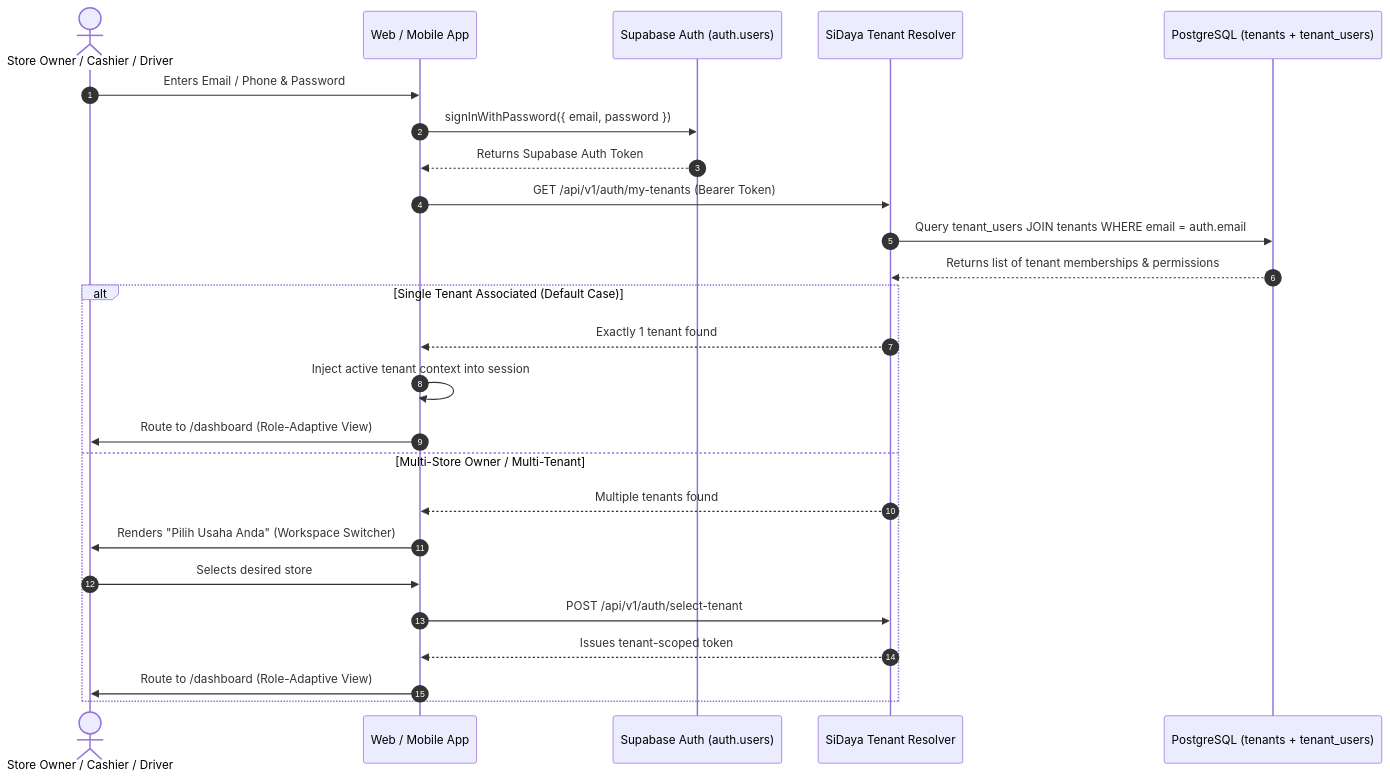
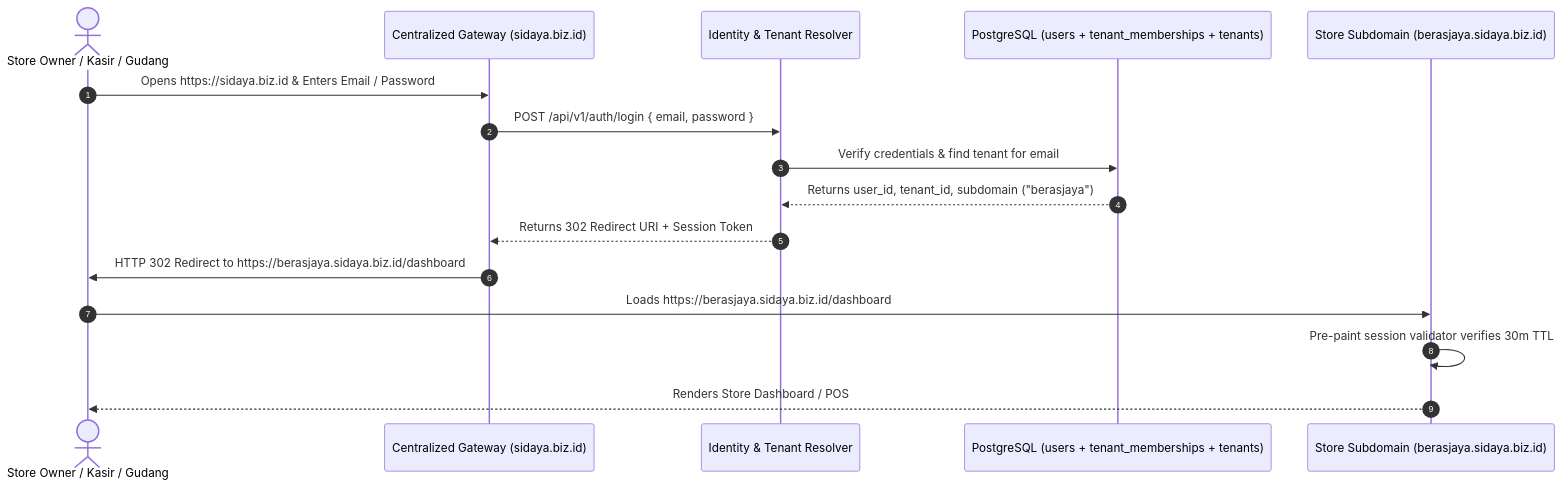
The second of 3 diagrams in docs/technical/06_SECURITY_COMPLIANCE_AND_TENANCY.md (gabrielfermy/siDaya), drawn with Mermaid before and after one commit. The commit also changed other lines of this file and 49 other files, not shown here.

First line of the commit message:
feat(milestone): implement subdomains, operator impersonation, mobile POS & POD, and OpenAPI 3.1 standard

````diff
--- a/docs/technical/06_SECURITY_COMPLIANCE_AND_TENANCY.md
+++ b/docs/technical/06_SECURITY_COMPLIANCE_AND_TENANCY.md
@@ -56,29 +64,19 @@
 ```mermaid
 sequenceDiagram
     autonumber
-    actor User as Store Owner / Cashier / Driver
-    participant Client as Web / Mobile App
-    participant Auth as Supabase Auth (auth.users)
-    participant API as SiDaya Tenant Resolver
-    participant DB as PostgreSQL (tenants + tenant_users)
+    actor User as Store Owner / Kasir / Gudang
+    participant Gateway as Centralized Gateway (sidaya.biz.id)
+    participant Auth as Identity & Tenant Resolver
+    participant DB as PostgreSQL (users + tenant_memberships + tenants)
+    participant Subdomain as Store Subdomain (berasjaya.sidaya.biz.id)
 
-    User->>Client: Enters Email / Phone & Password
-    Client->>Auth: signInWithPassword({ email, password })
-    Auth-->>Client: Returns Supabase Auth Token
-    Client->>API: GET /api/v1/auth/my-tenants (Bearer Token)
-    API->>DB: Query tenant_users JOIN tenants WHERE email = auth.email
-    DB-->>API: Returns list of tenant memberships & permissions
-    
-    alt Single Tenant Associated (Default Case)
-        API-->>Client: Exactly 1 tenant found
-        Client->>Client: Inject active tenant context into session
-        Client->>User: Route to /dashboard (Role-Adaptive View)
-    else Multi-Store Owner / Multi-Tenant
-        API-->>Client: Multiple tenants found
-        Client->>User: Renders "Pilih Usaha Anda" (Workspace Switcher)
-        User->>Client: Selects desired store
-        Client->>API: POST /api/v1/auth/select-tenant
-        API-->>Client: Issues tenant-scoped token
-        Client->>User: Route to /dashboard (Role-Adaptive View)
-    end
+    User->>Gateway: Opens https://sidaya.biz.id & Enters Email / Password
+    Gateway->>Auth: POST /api/v1/auth/login { email, password }
+    Auth->>DB: Verify credentials & find tenant for email
+    DB-->>Auth: Returns user_id, tenant_id, subdomain ("berasjaya")
+    Auth-->>Gateway: Returns 302 Redirect URI + Session Token
+    Gateway->>User: HTTP 302 Redirect to https://berasjaya.sidaya.biz.id/dashboard
+    User->>Subdomain: Loads https://berasjaya.sidaya.biz.id/dashboard
+    Subdomain->>Subdomain: Pre-paint session validator verifies 30m TTL
+    Subdomain-->>User: Renders Store Dashboard / POS
 ```
````
